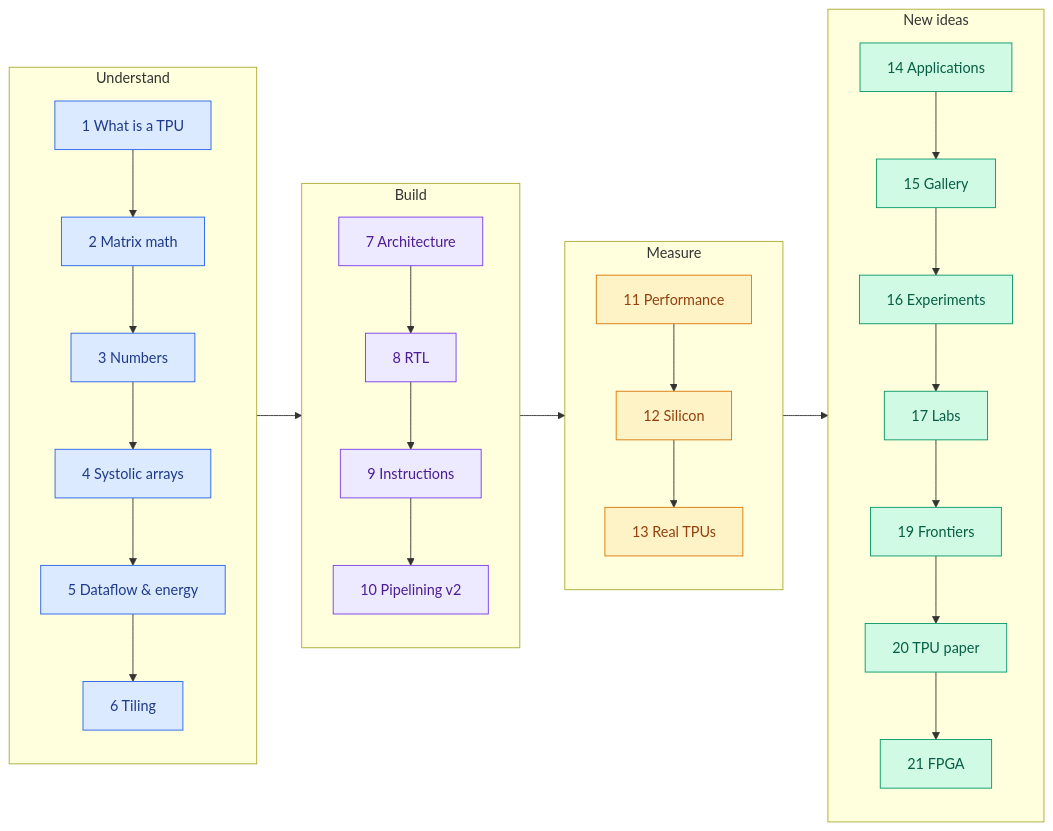
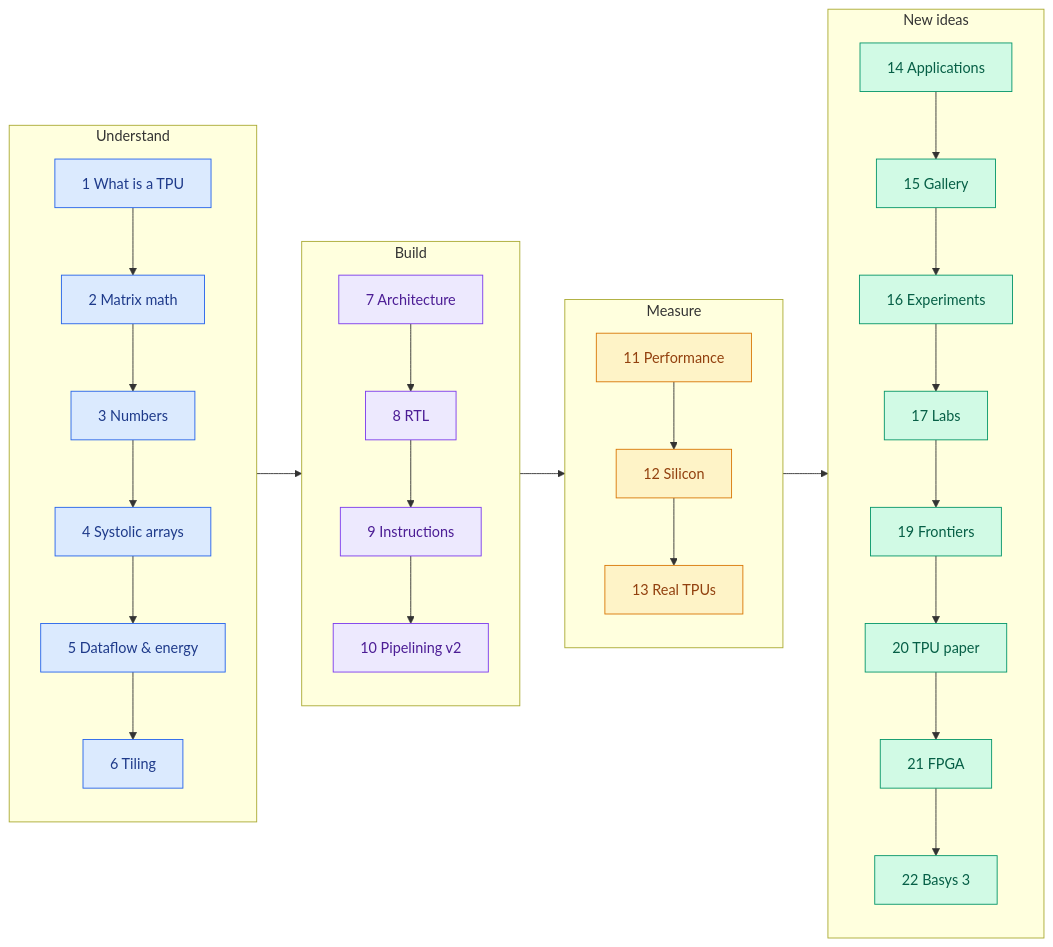
One commit to Normansrule/terrific-tpu changed the first of 2 diagrams in README.md. Above: the diagram before and after it, drawn with Mermaid. The commit also changed other lines of this file and 24 other files, not shown here.

````diff
--- a/README.md
+++ b/README.md
@@ -86,24 +88,24 @@
 ```mermaid
 flowchart LR
     subgraph U["Understand"]
       A1["1 What is a TPU"] --> A2["2 Matrix math"] --> A3["3 Numbers"] --> A4["4 Systolic arrays"] --> A5["5 Dataflow & energy"] --> A6["6 Tiling"]
     end
     subgraph B["Build"]
       B7["7 Architecture"] --> B8["8 RTL"] --> B9["9 Instructions"] --> B10["10 Pipelining v2"]
     end
     subgraph M["Measure"]
       M11["11 Performance"] --> M12["12 Silicon"] --> M13["13 Real TPUs"]
     end
     subgraph N["New ideas"]
-      N14["14 Applications"] --> N15["15 Gallery"] --> N16["16 Experiments"] --> N17["17 Labs"] --> N19["19 Frontiers"] --> N20["20 TPU paper"] --> N21["21 FPGA"]
+      N14["14 Applications"] --> N15["15 Gallery"] --> N16["16 Experiments"] --> N17["17 Labs"] --> N19["19 Frontiers"] --> N20["20 TPU paper"] --> N21["21 FPGA"] --> N22["22 Basys 3"]
     end
     U --> B --> M --> N
     classDef u fill:#DBEAFE,stroke:#2563EB,color:#1E3A8A
     classDef b fill:#EDE9FE,stroke:#7C3AED,color:#4C1D95
     classDef m fill:#FEF3C7,stroke:#D97706,color:#92400E
     classDef n fill:#D1FAE5,stroke:#059669,color:#065F46
     class A1,A2,A3,A4,A5,A6 u
     class B7,B8,B9,B10 b
     class M11,M12,M13 m
-    class N14,N15,N16,N17,N19,N20,N21 n
+    class N14,N15,N16,N17,N19,N20,N21,N22 n
 ```
````
